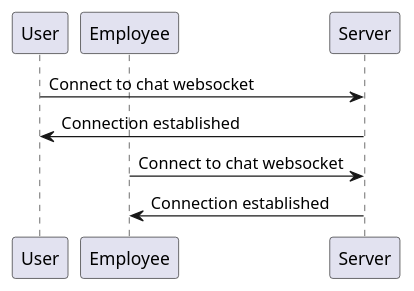
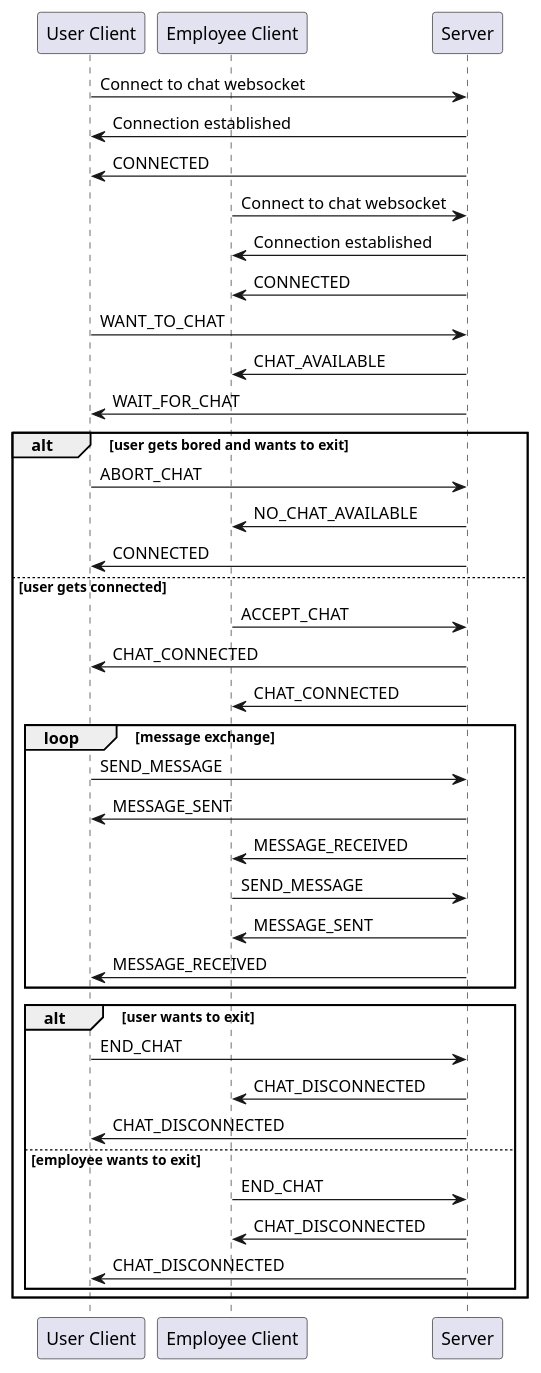
One commit to SoManyBisela/java-webserver changed the diagram in docs/diagrams/chat-sequence.puml. Above: the diagram before and after it, drawn with PlantUML. The commit also changed 2 other files, not shown here.

Commit message:
use case, state, sequence

```diff
--- a/docs/diagrams/chat-sequence.puml
+++ b/docs/diagrams/chat-sequence.puml
@@ -1,12 +1,43 @@
 @startuml chat-sequence
 
-participant "User" as U
-participant "Employee" as E
+participant "User Client" as U
+participant "Employee Client" as E
 participant "Server" as S
 
 U -> S: Connect to chat websocket
 S -> U: Connection established
+S -> U: CONNECTED
 E -> S: Connect to chat websocket
 S -> E: Connection established
+S -> E: CONNECTED
+U -> S: WANT_TO_CHAT
+S -> E: CHAT_AVAILABLE
+S -> U: WAIT_FOR_CHAT
+alt user gets bored and wants to exit
+    U -> S: ABORT_CHAT
+    S -> E: NO_CHAT_AVAILABLE
+    S -> U: CONNECTED
+else user gets connected
+    E -> S: ACCEPT_CHAT
+    S -> U: CHAT_CONNECTED
+    S -> E: CHAT_CONNECTED
+    loop message exchange
+        U -> S: SEND_MESSAGE
+        S -> U: MESSAGE_SENT
+        S -> E: MESSAGE_RECEIVED
+        E -> S: SEND_MESSAGE
+        S -> E: MESSAGE_SENT
+        S -> U: MESSAGE_RECEIVED
+    end
+    alt user wants to exit
+        U -> S: END_CHAT
+        S -> E: CHAT_DISCONNECTED
+        S -> U: CHAT_DISCONNECTED
+    else employee wants to exit
+        E -> S: END_CHAT
+        S -> E: CHAT_DISCONNECTED
+        S -> U: CHAT_DISCONNECTED
+    end
+end
 
 @enduml
```
